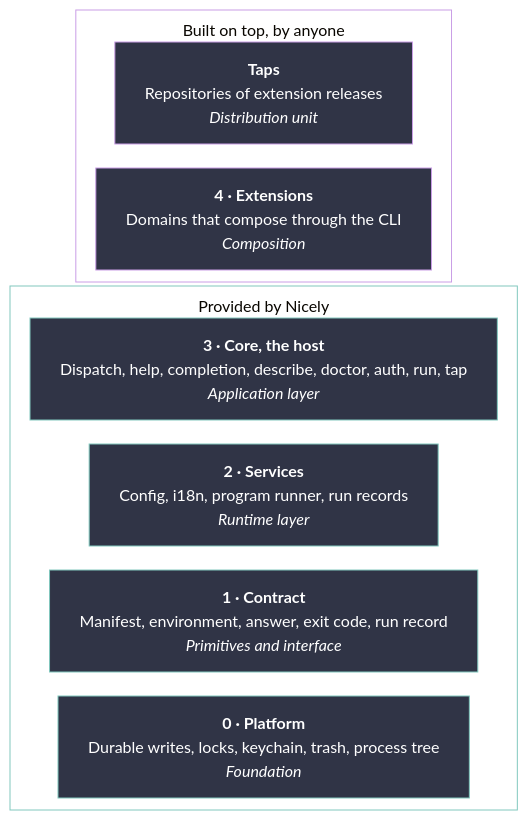
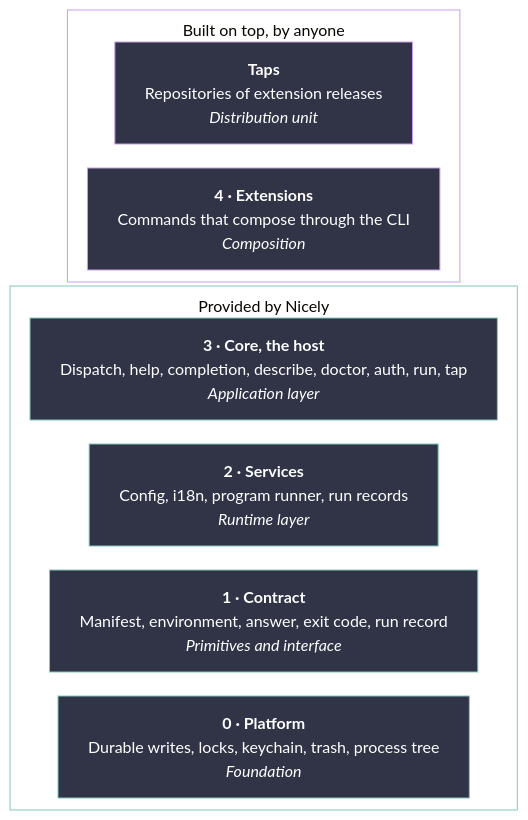
One commit to pascalandy/nicely changed the diagram in docs/north-star/architecture.md. Above: the diagram before and after it, drawn with Mermaid (base theme). The commit also changed other lines of this file and 48 other files, not shown here.

````diff
--- a/docs/north-star/architecture.md
+++ b/docs/north-star/architecture.md
@@ -18,27 +18,27 @@
 ```mermaid
 %%{init: {"flowchart": {"nodeSpacing": 20, "rankSpacing": 24, "wrappingWidth": 600, "subGraphTitleMargin": {"top": 8, "bottom": 12}}}}%%
 flowchart TB
   accTitle: Nicely's layers
   accDescr: Taps and extensions sit on top of Nicely's layered core: the host, services, the contract, and the platform. Each layer depends only on the layers below it.
 
   subgraph top["Built on top, by anyone"]
     taps["<b>Taps</b><br/>Repositories of extension releases<br/><i>Distribution unit</i>"]
-    ext["<b>4 · Extensions</b><br/>Domains that compose through the CLI<br/><i>Composition</i>"]
+    ext["<b>4 · Extensions</b><br/>Commands that compose through the CLI<br/><i>Composition</i>"]
   end
 
   subgraph core["Provided by Nicely"]
     host["<b>3 · Core, the host</b><br/>Dispatch, help, completion, describe, doctor, auth, run, tap<br/><i>Application layer</i>"]
     svc["<b>2 · Services</b><br/>Config, i18n, program runner, run records<br/><i>Runtime layer</i>"]
     contract["<b>1 · Contract</b><br/>Manifest, environment, answer, exit code, run record<br/><i>Primitives and interface</i>"]
     platform["<b>0 · Platform</b><br/>Durable writes, locks, keychain, trash, process tree<br/><i>Foundation</i>"]
   end
 
   taps ~~~ ext ~~~ host ~~~ svc ~~~ contract ~~~ platform
 
   classDef anyone fill:#303446,stroke:#ca9ee6,color:#ffffff
   classDef layered fill:#303446,stroke:#81c8be,color:#ffffff
   class taps,ext anyone
   class host,svc,contract,platform layered
   style top fill:transparent,stroke:#ca9ee6
   style core fill:transparent,stroke:#81c8be
 ```
````
